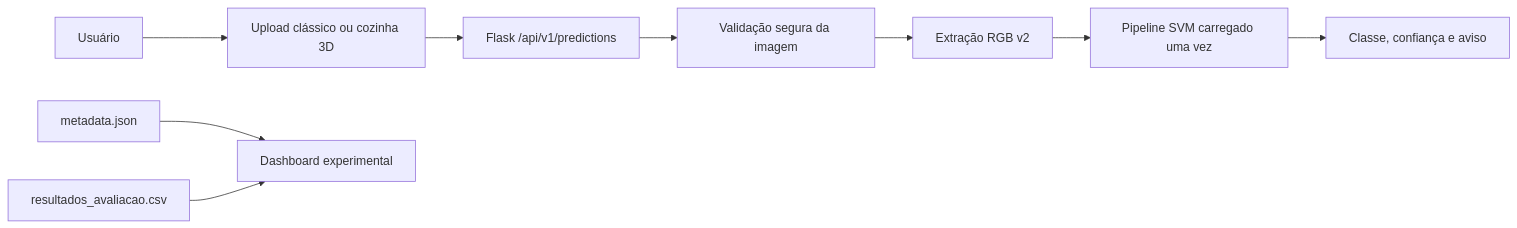
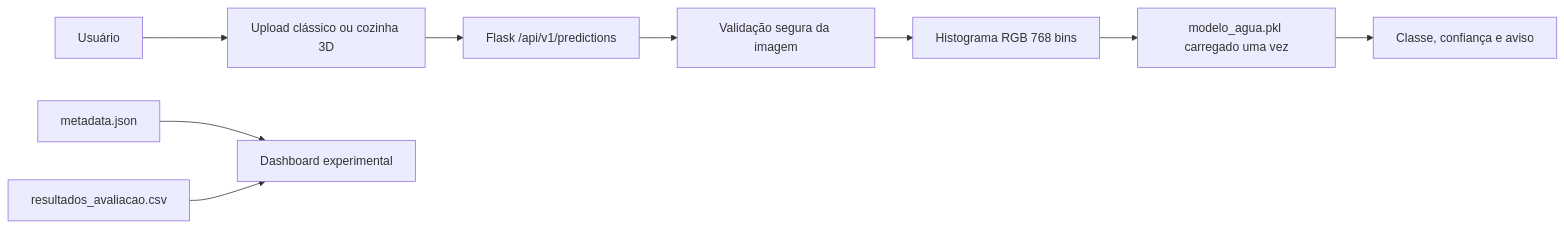
Before and after one commit to PedroArlyx/water-clarity-classifier: the first of 6 diagrams in docs/ARQUITETURA.md, drawn with Mermaid. The commit also changed other lines of this file and 93 other files, not shown here.

````diff
--- a/docs/ARQUITETURA.md
+++ b/docs/ARQUITETURA.md
@@ -5,11 +5,11 @@
 ```mermaid
 flowchart LR
     U[Usuário] --> UI[Upload clássico ou cozinha 3D]
     UI --> API[Flask /api/v1/predictions]
     API --> V[Validação segura da imagem]
-    V --> F[Extração RGB v2]
-    F --> M[Pipeline SVM carregado uma vez]
+    V --> F[Histograma RGB 768 bins]
+    F --> M[modelo_agua.pkl carregado uma vez]
     M --> R[Classe, confiança e aviso]
     META[metadata.json] --> DASH[Dashboard experimental]
     CSV[resultados_avaliacao.csv] --> DASH
 ```
````
